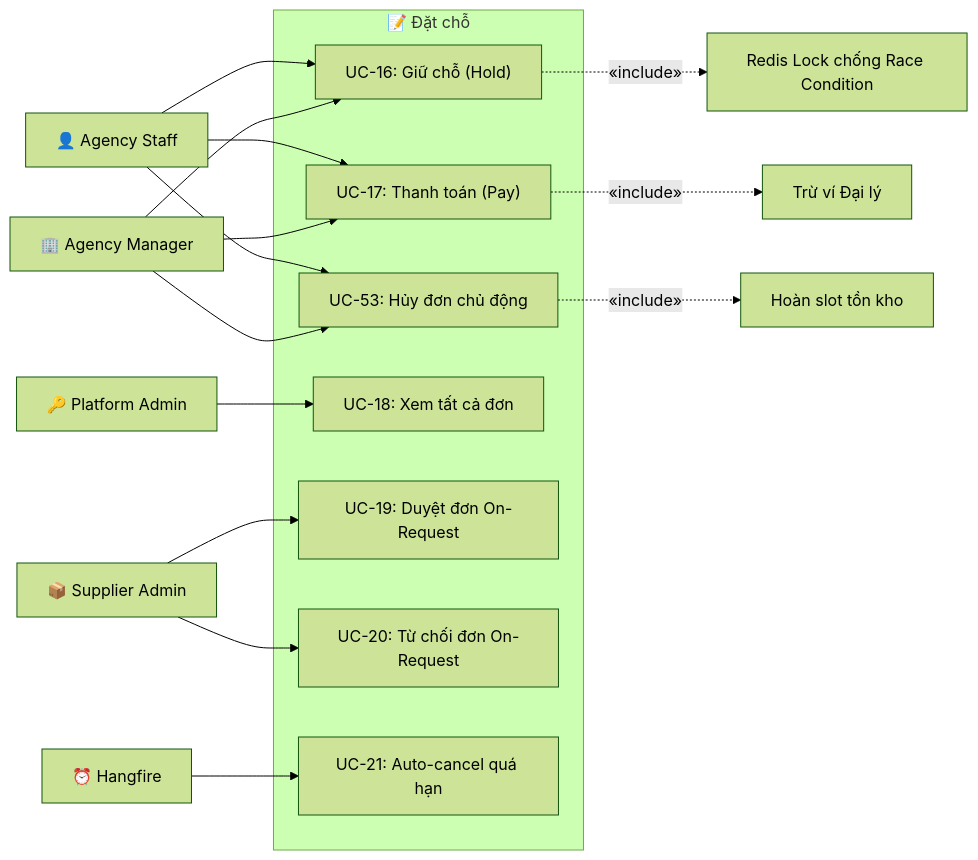
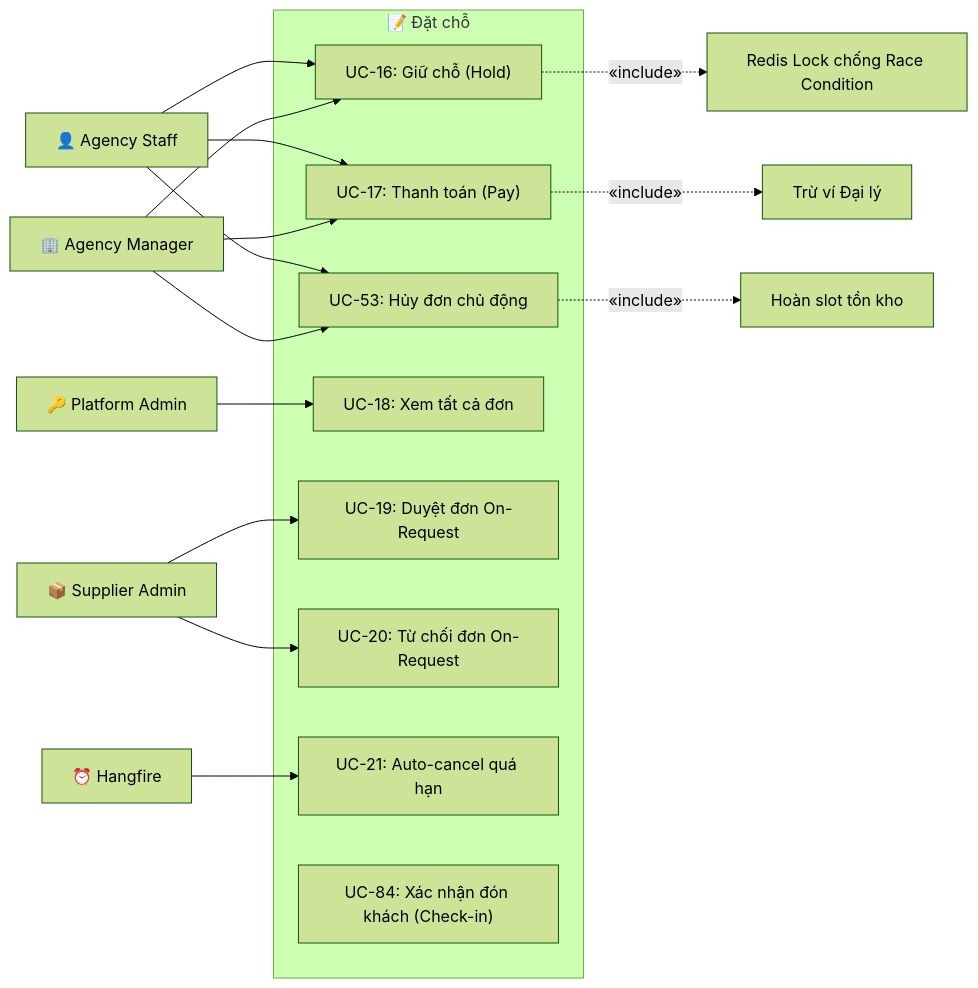
One commit to thanh-16/B2B_Tour changed the sixth of 16 diagrams in docs/actor and usecase/phase1_mvp_usecase.md. Above: the diagram before and after it, drawn with Mermaid (forest theme). The commit also changed other lines of this file and 9 other files, not shown here.

````diff
--- a/docs/actor and usecase/phase1_mvp_usecase.md
+++ b/docs/actor and usecase/phase1_mvp_usecase.md
@@ -316,27 +334,28 @@
 ```mermaid
 graph LR
     subgraph Booking["📝 Đặt chỗ"]
         UC16["UC-16: Giữ chỗ (Hold)"]
         UC17["UC-17: Thanh toán (Pay)"]
         UC53["UC-53: Hủy đơn chủ động"]
         UC18["UC-18: Xem tất cả đơn"]
         UC19["UC-19: Duyệt đơn On-Request"]
         UC20["UC-20: Từ chối đơn On-Request"]
         UC21["UC-21: Auto-cancel quá hạn"]
+        UC84["UC-84: Xác nhận đón khách (Check-in)"]
     end
 
     AS["👤 Agency Staff"] --> UC16
     AS --> UC17
     AS --> UC53
     AM["🏢 Agency Manager"] --> UC16
     AM --> UC17
     AM --> UC53
     PA["🔑 Platform Admin"] --> UC18
     SA["📦 Supplier Admin"] --> UC19
     SA --> UC20
     SYS["⏰ Hangfire"] --> UC21
 
     UC16 -.-> |"«include»"| LOCK["Redis Lock chống Race Condition"]
     UC17 -.-> |"«include»"| DEBIT["Trừ ví Đại lý"]
     UC53 -.-> |"«include»"| RESTORE["Hoàn slot tồn kho"]
 ```
````
